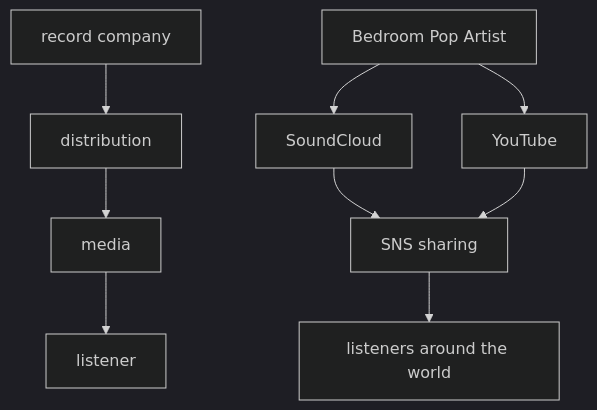
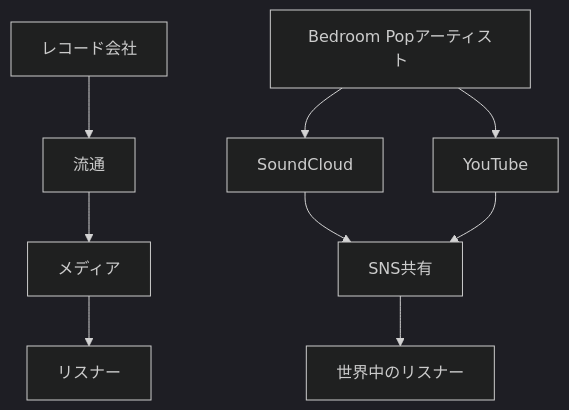
Before and after one commit to monumental-movement/monumental-movement.github.io: the second of 8 diagrams in en/_posts/2026-05-24-column-bedroom-pop.md, drawn with Mermaid (dark theme). The commit also changed other lines of this file and 2196 other files, not shown here.

```diff
--- a/en/_posts/2026-05-24-column-bedroom-pop.md
+++ b/en/_posts/2026-05-24-column-bedroom-pop.md
@@ -110,13 +110,13 @@
 <div class="mermaid">
 flowchart TD
-A[record company] --> B[distribution]
-B --> C[media]
-C --> D[listener]
+A[レコード会社] --> B[流通]
+B --> C[メディア]
+C --> D[リスナー]
 
-E[Bedroom Pop Artist] --> F[SoundCloud]
+E[Bedroom Popアーティスト] --> F[SoundCloud]
 E --> G[YouTube]
-F --> H[SNS sharing]
+F --> H[SNS共有]
 G --> H
-H --> I[listeners around the world]
+H --> I[世界中のリスナー]
 
 </div>
```
